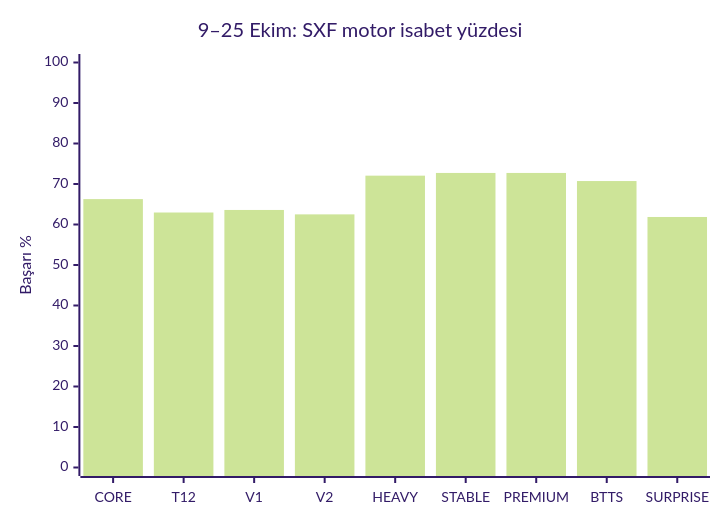
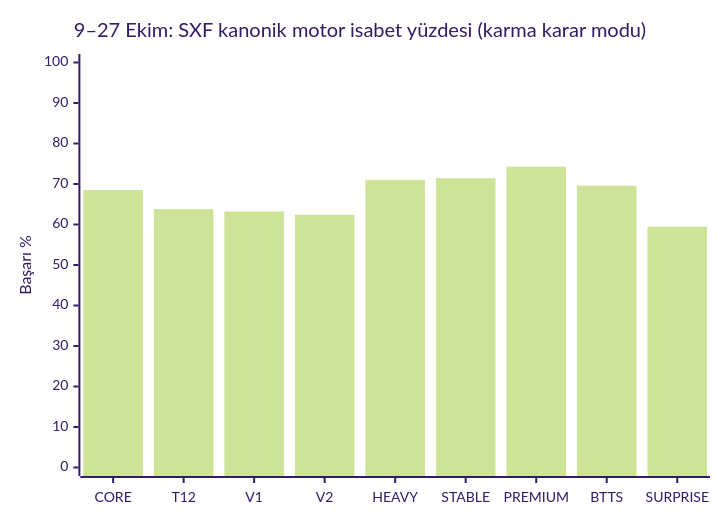
The diagram in SXF_arastirma_arsivi/Sinyal_Performanslari.md (hazardyk27-sudo/capitale), drawn with Mermaid (forest theme) before and after one commit. The commit also changed other lines of this file, not shown here.

Commit message:
SXF: extend 9–27 Oct motor performance with settled 26/27 scans

````diff
--- a/SXF_arastirma_arsivi/Sinyal_Performanslari.md
+++ b/SXF_arastirma_arsivi/Sinyal_Performanslari.md
@@ -29,7 +27,7 @@
 ```mermaid
 xychart-beta
-    title "9–25 Ekim: SXF motor isabet yüzdesi"
+    title "9–27 Ekim: SXF kanonik motor isabet yüzdesi (karma karar modu)"
     x-axis ["CORE", "T12", "V1", "V2", "HEAVY", "STABLE", "PREMIUM", "BTTS", "SURPRISE"]
     y-axis "Başarı %" 0 --> 100
-    bar [66.27, 62.96, 63.59, 62.50, 72.06, 72.73, 72.73, 70.73, 61.86]
+    bar [68.54, 63.79, 63.21, 62.42, 71.01, 71.43, 74.29, 69.57, 59.46]
 ```
````
